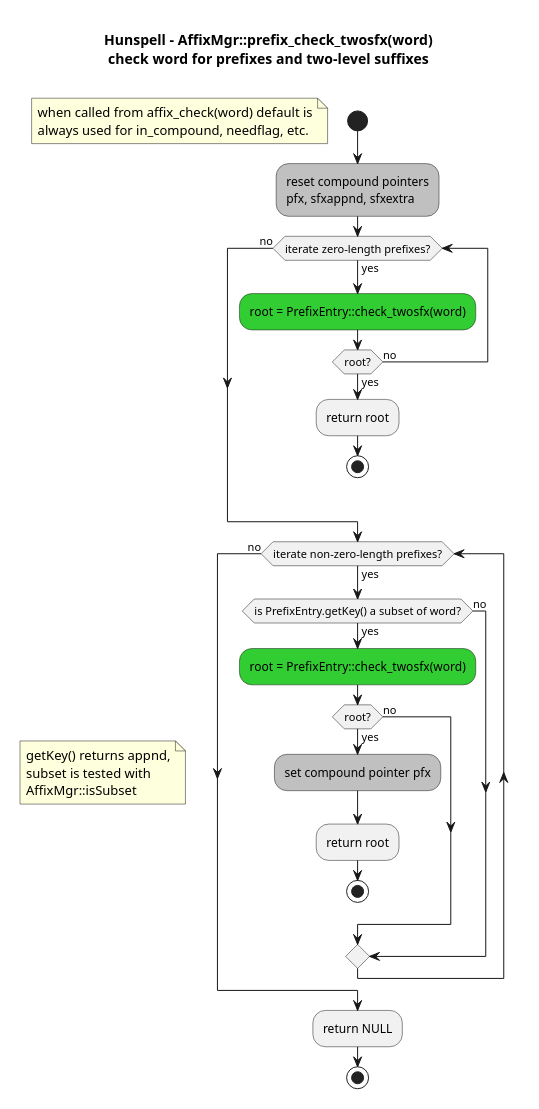
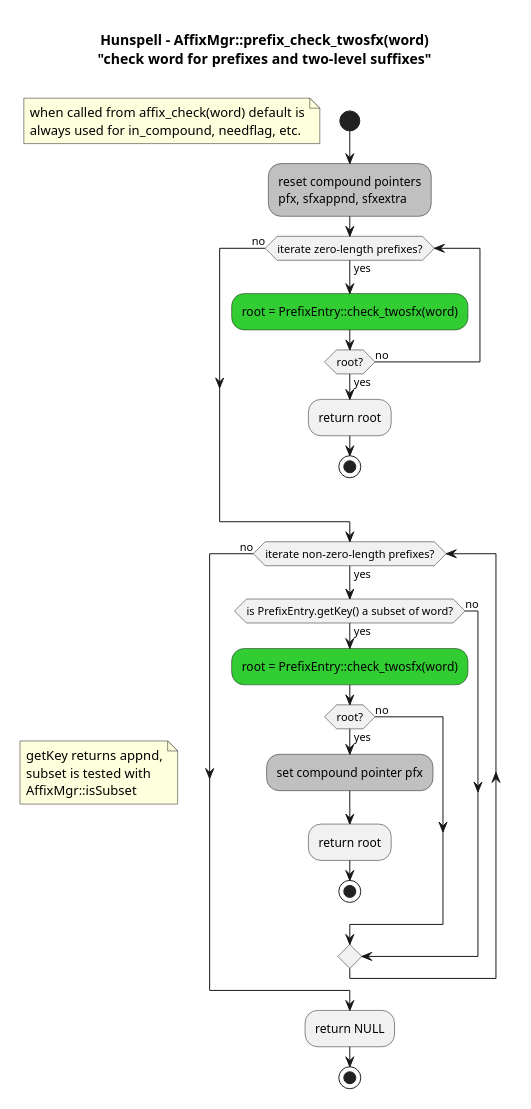
The diagram in uml/plantuml/prefix-check-twosfx-activity-diagram.pu (nuspell/misc-nuspell), drawn with PlantUML before and after one commit. The commit also changed 9 other files, not shown here.

```diff
--- a/uml/plantuml/prefix-check-twosfx-activity-diagram.pu
+++ b/uml/plantuml/prefix-check-twosfx-activity-diagram.pu
@@ -1,36 +1,36 @@
 @startuml
 skinparam backgroundcolor White|White
 
-title Hunspell - AffixMgr::prefix_check_twosfx(word)\ncheck word for prefixes and two-level suffixes\n
+title Hunspell - AffixMgr::prefix_check_twosfx(word)\n"check word for prefixes and two-level suffixes"\n
 
 start
 floating note: when called from affix_check(word) default is\nalways used for in_compound, needflag, etc.
 
 #silver:reset compound pointers\npfx, sfxappnd, sfxextra;
 while (iterate zero-length prefixes?) is (yes)
 	#limegreen:root = PrefixEntry::check_twosfx(word);
 	if (root?) then (yes)
 		:return root;
 		stop
 	else (no)
 	endif
 endwhile (no)
 
 while (iterate non-zero-length prefixes?) is (yes)
-	floating note: getKey() returns appnd,\nsubset is tested with\nAffixMgr::isSubset
+	floating note: getKey returns appnd,\nsubset is tested with\nAffixMgr::isSubset
 	if (is PrefixEntry.getKey() a subset of word?) then (yes)
 		#limegreen:root = PrefixEntry::check_twosfx(word);
 		if (root?) then (yes)
 			#silver:set compound pointer pfx;
 			:return root;
 			stop
 		else (no)
 		endif
 	else (no)
 	endif
 endwhile (no)
 
 :return NULL;
 stop
 
 @enduml
```
